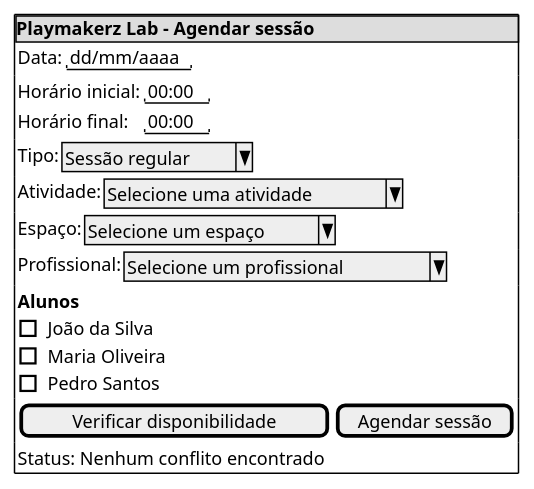
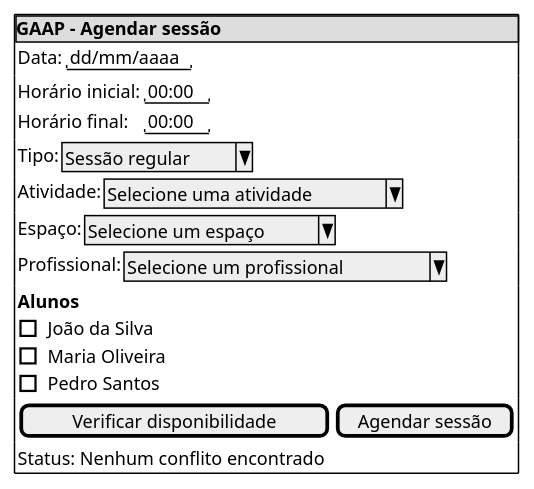
Before and after one commit to Projetos-de-Extensao/PECDII_26.2_8001_I: the fourth of 6 diagrams in docs/Iniciacao/prototipo_baixa_fidelidade.md, drawn with PlantUML. The commit also changed other lines of this file and 13 other files, not shown here.

````diff
--- a/docs/Iniciacao/prototipo_baixa_fidelidade.md
+++ b/docs/Iniciacao/prototipo_baixa_fidelidade.md
@@ -148,47 +148,47 @@
 ```plantuml
 @startsalt
 {+
-    {* <b>Playmakerz Lab - Agendar sessão}
+    {* <b>GAAP - Agendar sessão}
 
     {
         Data: | "dd/mm/aaaa"
     }
 
     {
         Horário inicial: | "00:00"
         Horário final: | "00:00"
     }
 
     {
         Tipo: | ^Sessão regular^
     }
 
     {
         Atividade: | ^Selecione uma atividade^
     }
 
     {
         Espaço: | ^Selecione um espaço^
     }
 
     {
         Profissional: | ^Selecione um profissional^
     }
 
     {
         <b>Alunos
         [ ] João da Silva
         [ ] Maria Oliveira
         [ ] Pedro Santos
     }
 
     {
         [Verificar disponibilidade] | [Agendar sessão]
     }
 
     {
         Status: Nenhum conflito encontrado
     }
 }
 @endsalt
 ```
````
